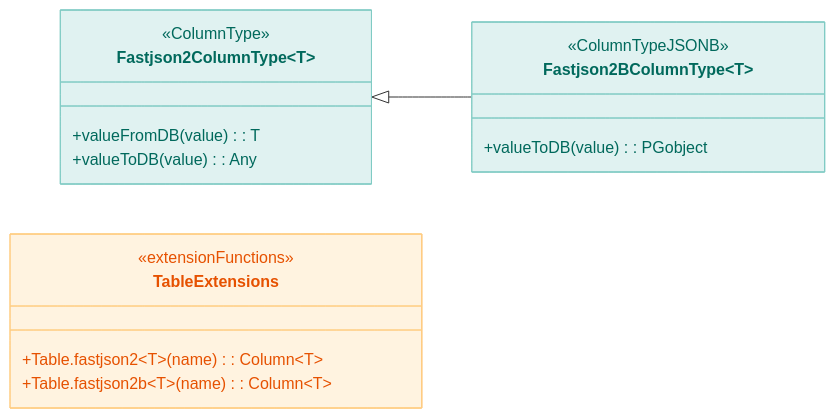
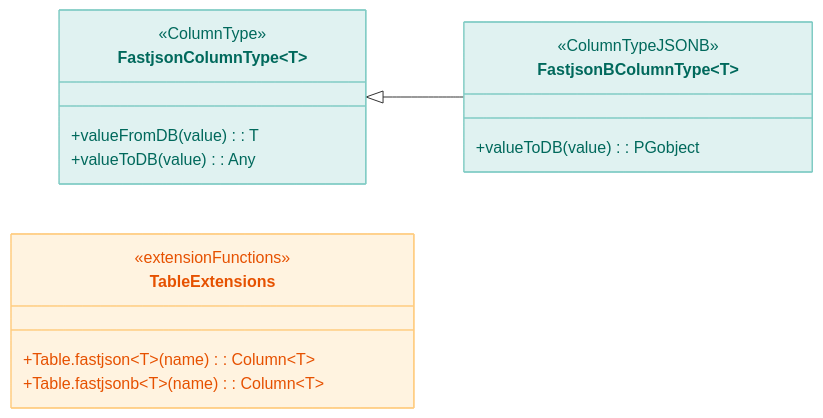
The first of 3 diagrams in exposed/exposed-fastjson2/README.md (bluetape4k/bluetape4k-exposed), drawn with Mermaid before and after one commit. The commit also changed other lines of this file and 13 other files, not shown here.

````diff
--- a/exposed/exposed-fastjson2/README.md
+++ b/exposed/exposed-fastjson2/README.md
@@ -125,23 +132,23 @@
 ```mermaid
 classDiagram
     direction LR
-    class Fastjson2ColumnType~T~ {
+    class FastjsonColumnType~T~ {
         <<ColumnType>>
         +valueFromDB(value): T
         +valueToDB(value): Any
     }
-    class Fastjson2BColumnType~T~ {
+    class FastjsonBColumnType~T~ {
         <<ColumnTypeJSONB>>
         +valueToDB(value): PGobject
     }
     class TableExtensions {
         <<extensionFunctions>>
-        +Table.fastjson2~T~(name): Column~T~
-        +Table.fastjson2b~T~(name): Column~T~
+        +Table.fastjson~T~(name): Column~T~
+        +Table.fastjsonb~T~(name): Column~T~
     }
-    Fastjson2ColumnType <|-- Fastjson2BColumnType
+    FastjsonColumnType <|-- FastjsonBColumnType
 
-    style Fastjson2ColumnType fill:#E0F2F1,stroke:#80CBC4,color:#00695C
-    style Fastjson2BColumnType fill:#E0F2F1,stroke:#80CBC4,color:#00695C
+    style FastjsonColumnType fill:#E0F2F1,stroke:#80CBC4,color:#00695C
+    style FastjsonBColumnType fill:#E0F2F1,stroke:#80CBC4,color:#00695C
     style TableExtensions fill:#FFF3E0,stroke:#FFCC80,color:#E65100
 ```
````
